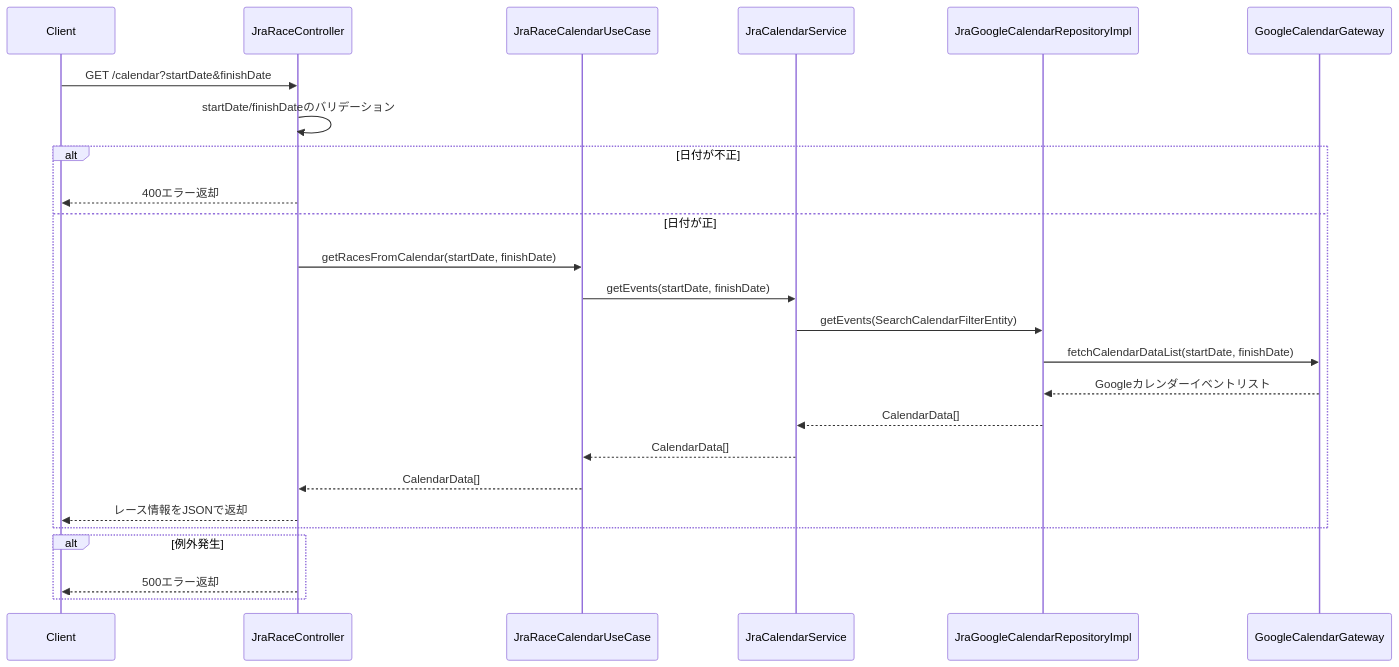
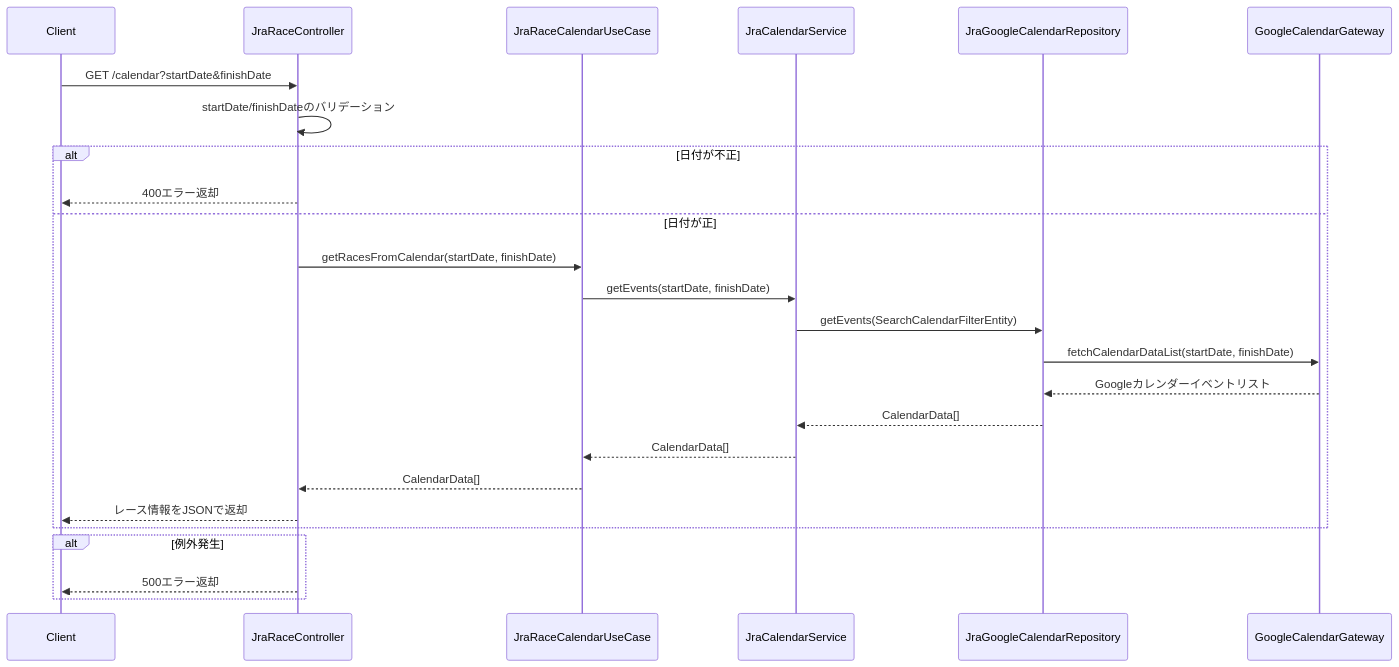
The diagram in document/detail-design/sequence/jra/getRacesFromCalendar.md (taichi6930/race-schedule-api), drawn with Mermaid before and after one commit. The commit also changed 89 other files, not shown here.

````diff
--- a/document/detail-design/sequence/jra/getRacesFromCalendar.md
+++ b/document/detail-design/sequence/jra/getRacesFromCalendar.md
@@ -3,28 +3,28 @@
 ```mermaid
 sequenceDiagram
     participant Client
     participant JraRaceController
     participant JraRaceCalendarUseCase
     participant JraCalendarService
-    participant JraGoogleCalendarRepositoryImpl
+    participant JraGoogleCalendarRepository
     participant GoogleCalendarGateway
 
     Client->>JraRaceController: GET /calendar?startDate&finishDate
     JraRaceController->>JraRaceController: startDate/finishDateのバリデーション
     alt 日付が不正
         JraRaceController-->>Client: 400エラー返却
     else 日付が正
         JraRaceController->>JraRaceCalendarUseCase: getRacesFromCalendar(startDate, finishDate)
         JraRaceCalendarUseCase->>JraCalendarService: getEvents(startDate, finishDate)
-        JraCalendarService->>JraGoogleCalendarRepositoryImpl: getEvents(SearchCalendarFilterEntity)
-        JraGoogleCalendarRepositoryImpl->>GoogleCalendarGateway: fetchCalendarDataList(startDate, finishDate)
-        GoogleCalendarGateway-->>JraGoogleCalendarRepositoryImpl: Googleカレンダーイベントリスト
-        JraGoogleCalendarRepositoryImpl-->>JraCalendarService: CalendarData[]
+        JraCalendarService->>JraGoogleCalendarRepository: getEvents(SearchCalendarFilterEntity)
+        JraGoogleCalendarRepository->>GoogleCalendarGateway: fetchCalendarDataList(startDate, finishDate)
+        GoogleCalendarGateway-->>JraGoogleCalendarRepository: Googleカレンダーイベントリスト
+        JraGoogleCalendarRepository-->>JraCalendarService: CalendarData[]
         JraCalendarService-->>JraRaceCalendarUseCase: CalendarData[]
         JraRaceCalendarUseCase-->>JraRaceController: CalendarData[]
         JraRaceController-->>Client: レース情報をJSONで返却
     end
     alt 例外発生
         JraRaceController-->>Client: 500エラー返却
     end
 ```
````
